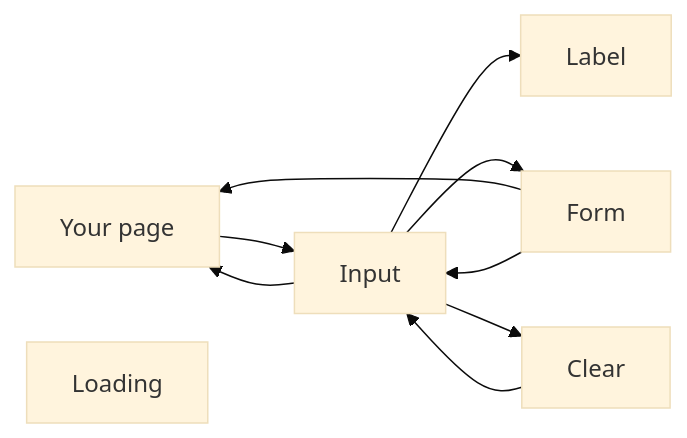
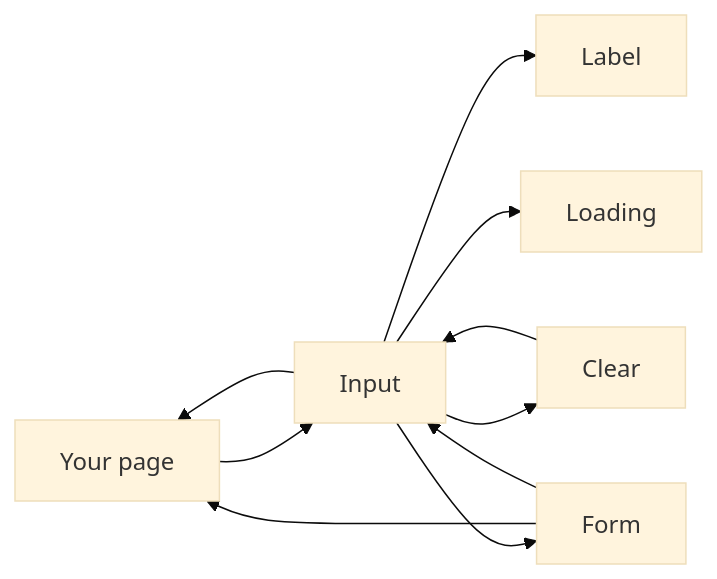
Before and after one commit to RajshekharBorate/pixel-ui: the first of 5 diagrams in projects/pixel-ui/src/lib/pixel-input/DESIGN.md, drawn with Mermaid (base theme). The commit also changed other lines of this file and 80 other files, not shown here.

Commit message:
Fill missing design flows and correct the stories that did not match component behavior.

````diff
--- a/projects/pixel-ui/src/lib/pixel-input/DESIGN.md
+++ b/projects/pixel-ui/src/lib/pixel-input/DESIGN.md
@@ -18,17 +18,18 @@
 ```mermaid
 flowchart LR
   page["Your page"]
   input["Input"]
   label["Label"]
   form["Form"]
   clear["Clear"]
   loading["Loading"]
   page --> input
   input --> label
   input --> form
   form --> page
   form --> input
   input --> clear
   clear --> input
   input --> page
+  input --> loading
 ```
````
